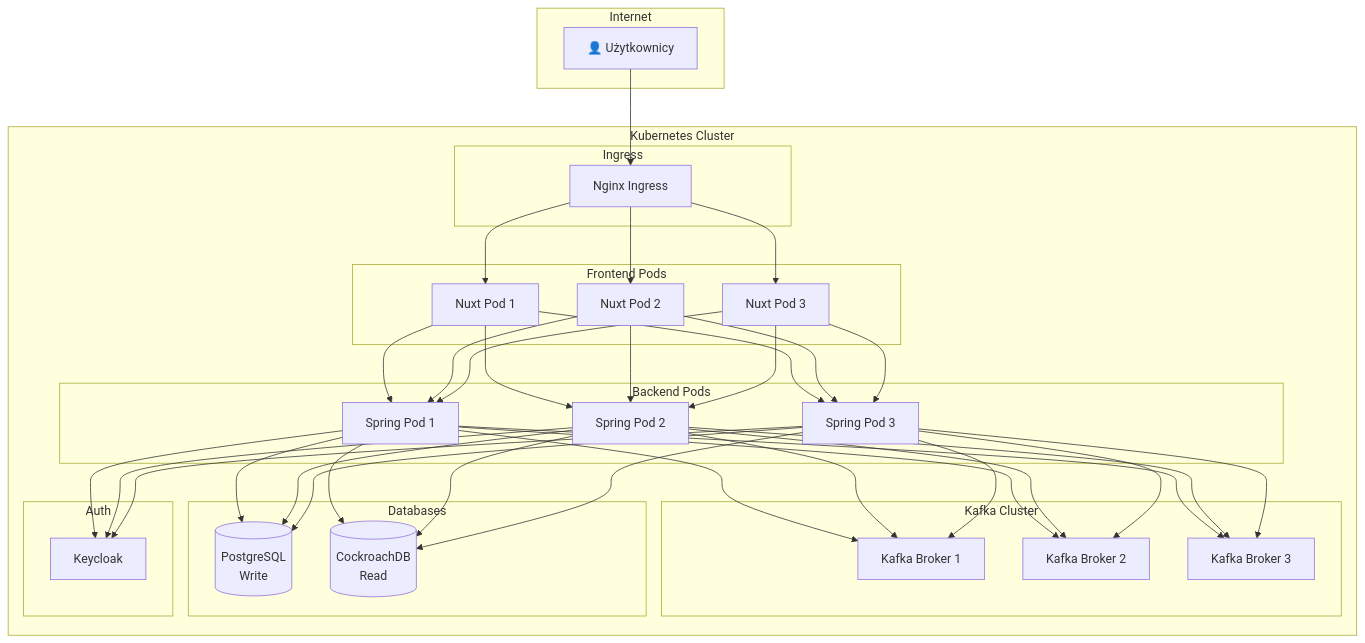
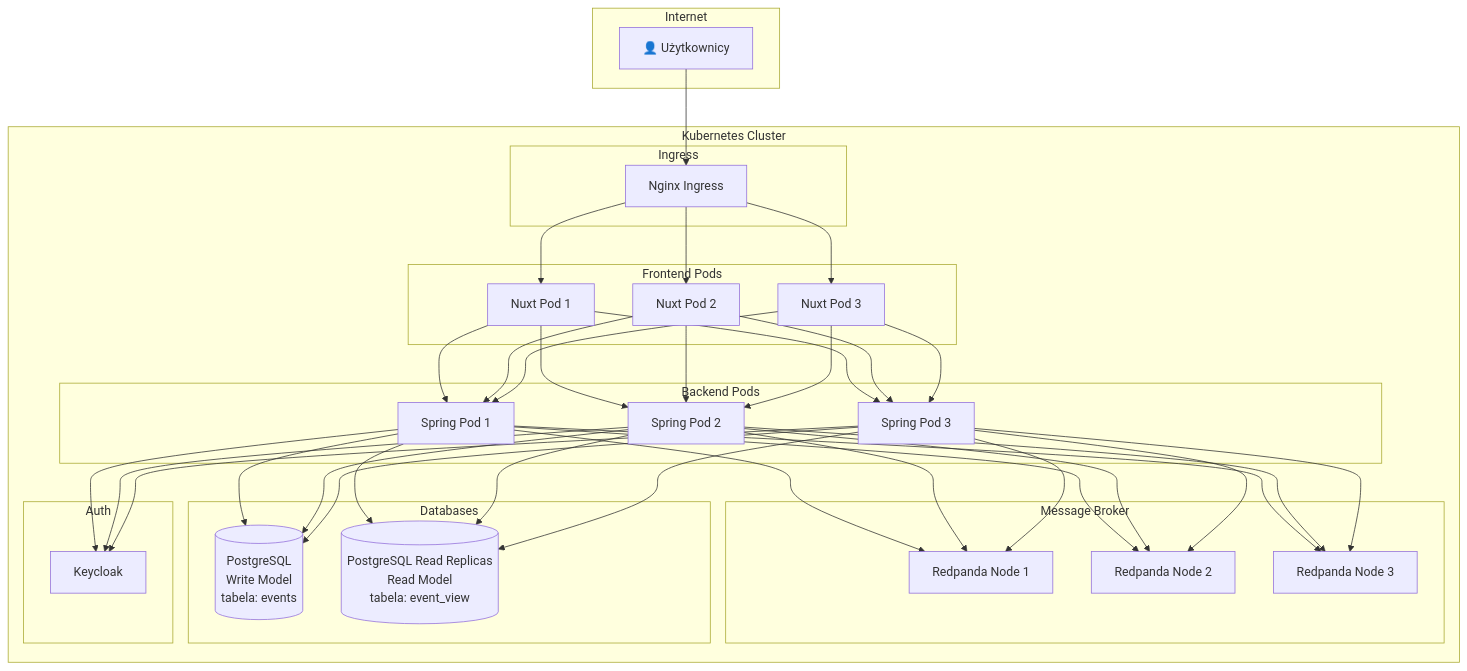
One commit to luksus-pfsw/nuxt-learn changed diagram 15 of 15 in ARCHITEKTURA_SZCZEGOLOWA.md. Above: the diagram before and after it, drawn with Mermaid. The commit also changed other lines of this file and 10 other files, not shown here.

````diff
--- a/ARCHITEKTURA_SZCZEGOLOWA.md
+++ b/ARCHITEKTURA_SZCZEGOLOWA.md
@@ -2675,47 +2830,47 @@
 ```mermaid
 graph TB
     subgraph "Internet"
         USER[👤 Użytkownicy]
     end
     
     subgraph "Kubernetes Cluster"
         subgraph "Ingress"
             ING[Nginx Ingress]
         end
         
         subgraph "Frontend Pods"
             NUXT1[Nuxt Pod 1]
             NUXT2[Nuxt Pod 2]
             NUXT3[Nuxt Pod 3]
         end
         
         subgraph "Backend Pods"
             SPRING1[Spring Pod 1]
             SPRING2[Spring Pod 2]
             SPRING3[Spring Pod 3]
         end
         
-        subgraph "Kafka Cluster"
-            K1[Kafka Broker 1]
-            K2[Kafka Broker 2]
-            K3[Kafka Broker 3]
+        subgraph "Message Broker"
+            RP1[Redpanda Node 1]
+            RP2[Redpanda Node 2]
+            RP3[Redpanda Node 3]
         end
         
         subgraph "Databases"
-            PG[(PostgreSQL<br/>Write)]
-            CRDB[(CockroachDB<br/>Read)]
+            PG[(PostgreSQL<br/>Write Model<br/>tabela: events)]
+            PGREAD[(PostgreSQL Read Replicas<br/>Read Model<br/>tabela: event_view)]
         end
         
         subgraph "Auth"
             KC[Keycloak]
         end
     end
     
     USER --> ING
     ING --> NUXT1 & NUXT2 & NUXT3
     NUXT1 & NUXT2 & NUXT3 --> SPRING1 & SPRING2 & SPRING3
-    SPRING1 & SPRING2 & SPRING3 --> K1 & K2 & K3
+    SPRING1 & SPRING2 & SPRING3 --> RP1 & RP2 & RP3
     SPRING1 & SPRING2 & SPRING3 --> PG
-    SPRING1 & SPRING2 & SPRING3 --> CRDB
+    SPRING1 & SPRING2 & SPRING3 --> PGREAD
     SPRING1 & SPRING2 & SPRING3 --> KC
 ```
````
